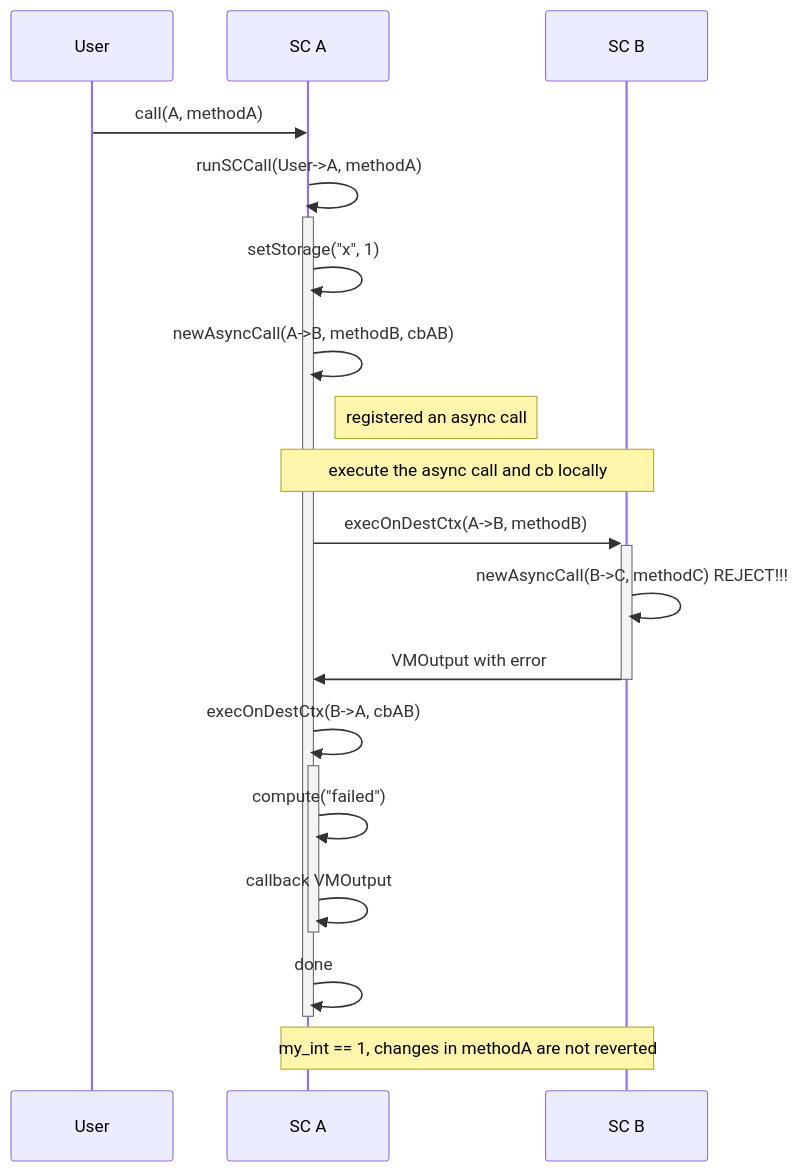
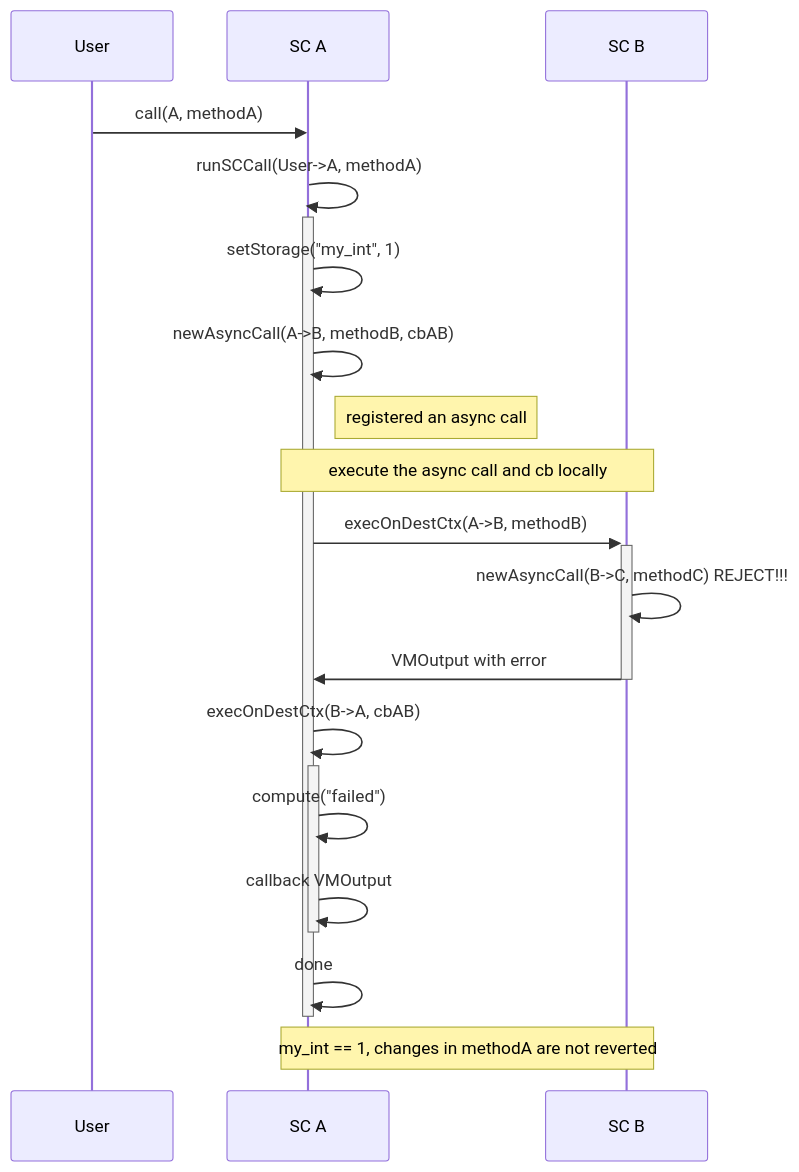
Before and after one commit to runtimeverification/multiversx-protocol-audit: the second of 3 diagrams in async_call/docs/example_cases.md, drawn with Mermaid.

Commit message:
fix storage key

````diff
--- a/async_call/docs/example_cases.md
+++ b/async_call/docs/example_cases.md
@@ -86,28 +86,28 @@
 ```mermaid
 sequenceDiagram
   participant User
   participant SC A
   participant SC B
   
   User ->> SC A: call(A, methodA)
   SC A ->>+ SC A: runSCCall(User->A, methodA)
 
-  SC A ->> SC A: setStorage("x", 1)
+  SC A ->> SC A: setStorage("my_int", 1)
   
   SC A ->> SC A: newAsyncCall(A->B, methodB, cbAB)
   note right of SC A: registered an async call
   
   note over SC A, SC B: execute the async call and cb locally
 
   SC A ->>+ SC B: execOnDestCtx(A->B, methodB)
   SC B ->> SC B: newAsyncCall(B->C, methodC) REJECT!!!
   SC B ->>- SC A: VMOutput with error
 
   SC A ->>+ SC A: execOnDestCtx(B->A, cbAB)
   SC A ->> SC A: compute("failed")
   SC A ->>- SC A: callback VMOutput
 
   SC A ->>- SC A: done
 
   note over SC A, SC B: my_int == 1, changes in methodA are not reverted
 ```
````
